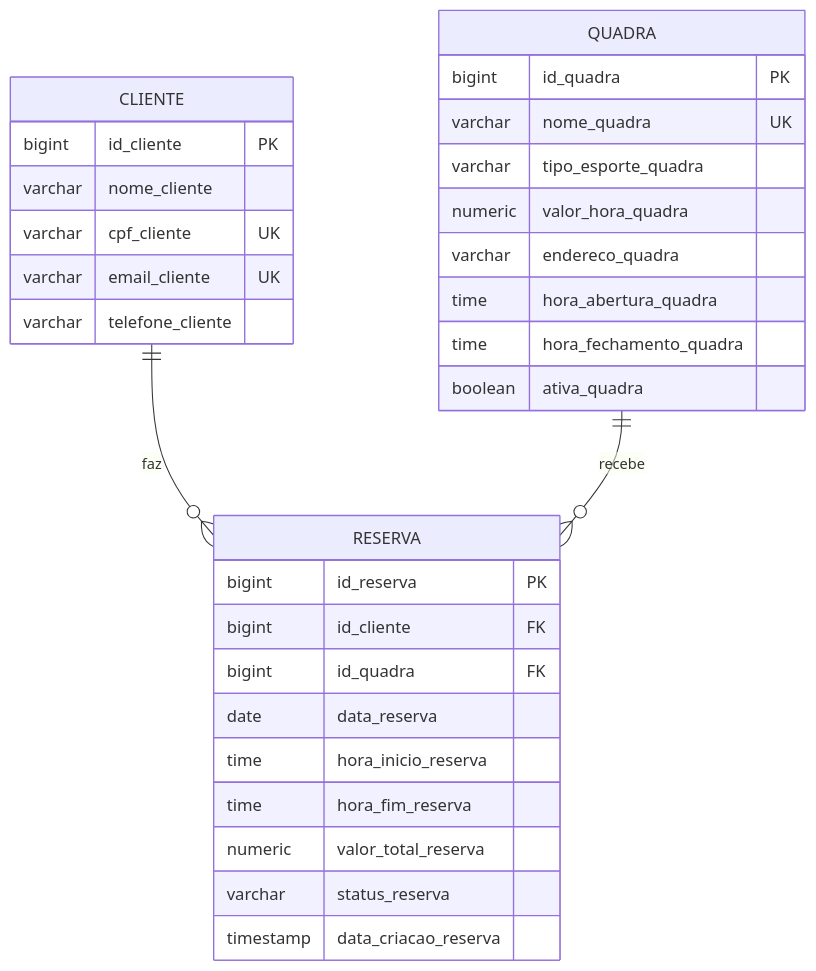
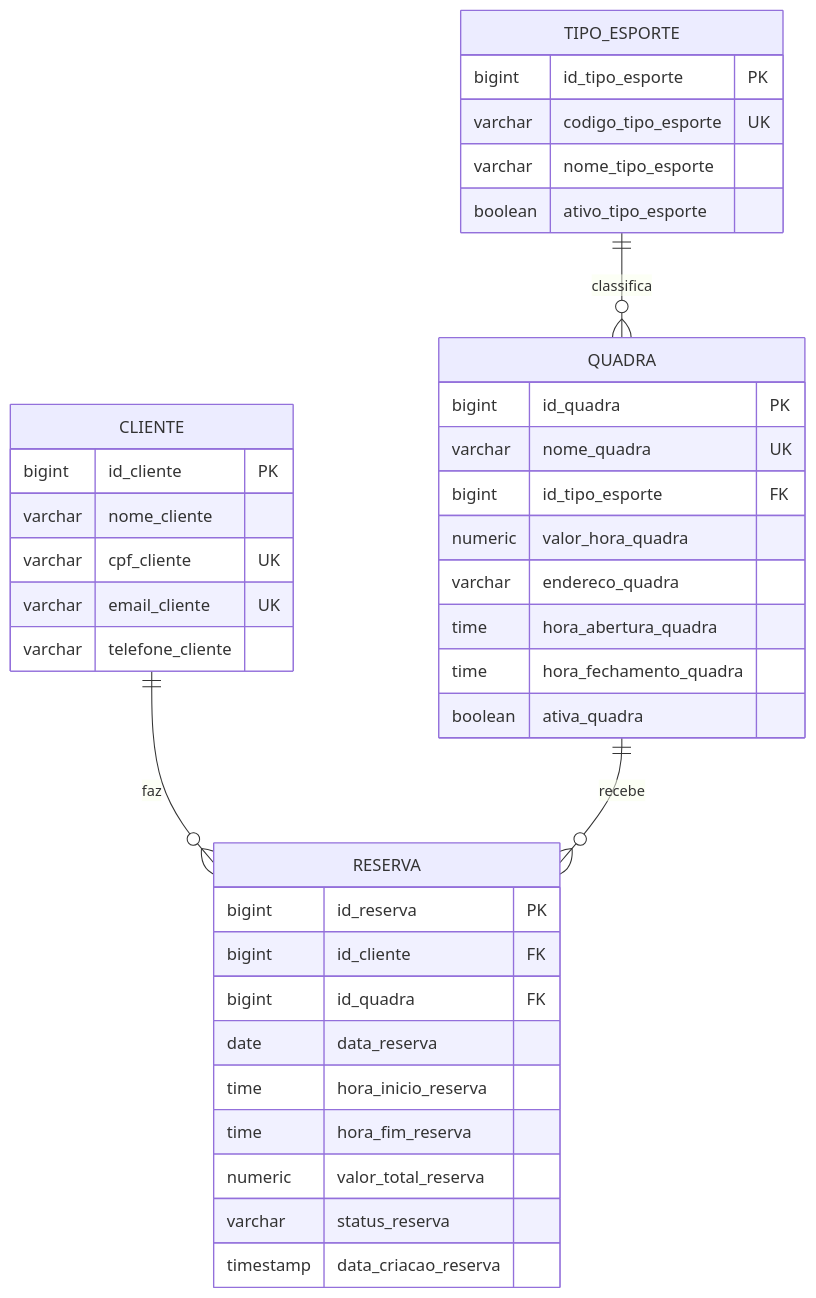
The diagram in README.md (arthur-prado1/Projeto-Final-Arquitetura-Api-Rest), drawn with Mermaid before and after one commit. The commit also changed other lines of this file and 13 other files, not shown here.

Commit message:
Implementação endpoint entidade tipoEsporte

````diff
--- a/README.md
+++ b/README.md
@@ -100,34 +103,41 @@
 ```mermaid
 erDiagram
     CLIENTE ||--o{ RESERVA : "faz"
     QUADRA  ||--o{ RESERVA : "recebe"
+    TIPO_ESPORTE ||--o{ QUADRA : "classifica"
 
+    TIPO_ESPORTE {
+        bigint id_tipo_esporte PK
+        varchar codigo_tipo_esporte UK
+        varchar nome_tipo_esporte
+        boolean ativo_tipo_esporte
+    }
     CLIENTE {
         bigint id_cliente PK
         varchar nome_cliente
         varchar cpf_cliente UK
         varchar email_cliente UK
         varchar telefone_cliente
     }
     QUADRA {
         bigint id_quadra PK
         varchar nome_quadra UK
-        varchar tipo_esporte_quadra
+        bigint id_tipo_esporte FK
         numeric valor_hora_quadra
         varchar endereco_quadra
         time hora_abertura_quadra
         time hora_fechamento_quadra
         boolean ativa_quadra
     }
     RESERVA {
         bigint id_reserva PK
         bigint id_cliente FK
         bigint id_quadra FK
         date data_reserva
         time hora_inicio_reserva
         time hora_fim_reserva
         numeric valor_total_reserva
         varchar status_reserva
         timestamp data_criacao_reserva
     }
 ```
````
